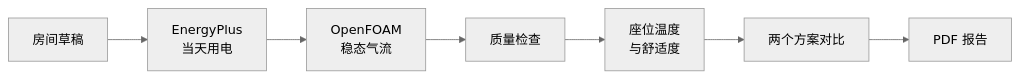
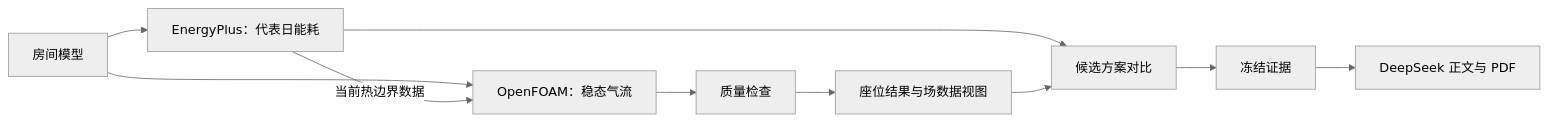
The diagram in README.zh-CN.md (krabbypatty1031-blip/SimuNow), drawn with Mermaid (neutral theme) before and after one commit. The commit also changed other lines of this file and 2 other files, not shown here.

````diff
--- a/README.zh-CN.md
+++ b/README.zh-CN.md
@@ -46,9 +100,12 @@
 ```mermaid
 flowchart LR
-  A[房间草稿] --> B[EnergyPlus<br>当天用电]
-  B --> C[OpenFOAM<br>稳态气流]
-  C --> D[质量检查]
-  D --> E[座位温度<br>与舒适度]
-  E --> F[两个方案对比]
-  F --> G[PDF 报告]
+  Room[房间模型] --> L1[EnergyPlus：代表日能耗]
+  Room --> L2[OpenFOAM：稳态气流]
+  L1 -->|当前热边界数据| L2
+  L2 --> Quality[质量检查]
+  Quality --> Seats[座位结果与场数据视图]
+  L1 --> Compare[候选方案对比]
+  Seats --> Compare
+  Compare --> Evidence[冻结证据]
+  Evidence --> PDF[DeepSeek 正文与 PDF]
 ```
````
